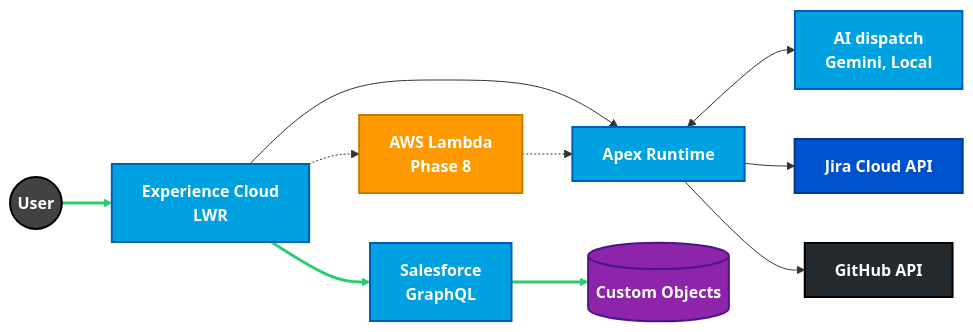
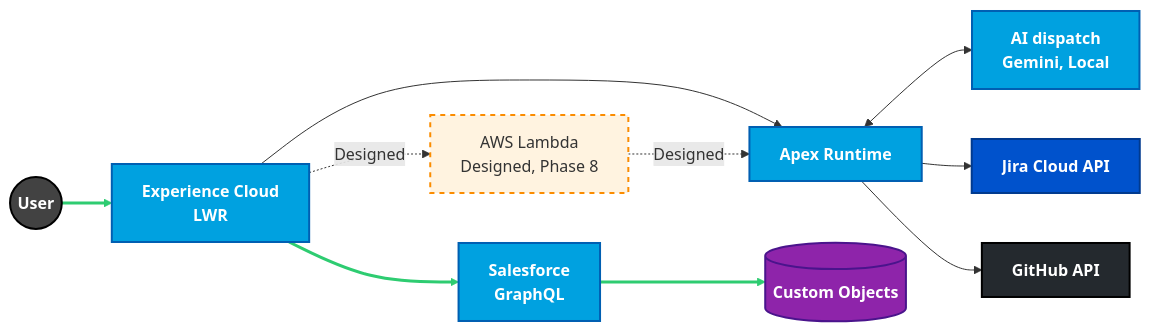
The first of 6 diagrams in docs/guides/03-SAS.md (rdbumstead/salesforce-platform-architect-portfolio), drawn with Mermaid before and after one commit. The commit also changed 1 other file, not shown here.

Commit message:
docs(guides): mark the AWS Lambda in the SAS overview diagram as Designed
The Lambda node and its two dashed edges are labelled Designed and drawn with the existing future style, and the diagram's alt text says none of it is built.

````diff
--- a/docs/guides/03-SAS.md
+++ b/docs/guides/03-SAS.md
@@ -71,47 +71,47 @@
 ```mermaid
 graph LR
     %%{init: {'flowchart': {'nodeSpacing': 50, 'rankSpacing': 50}}}%%
     %% ========= BRAND STYLES =========
     classDef user fill:#424242,stroke:#000000,stroke-width:2px,color:#ffffff,font-weight:bold;
     classDef sfdc fill:#00A1E0,stroke:#005FB2,stroke-width:2px,color:#ffffff,font-weight:bold;
     classDef aws fill:#FF9900,stroke:#CC7A00,stroke-width:2px,color:#ffffff,font-weight:bold;
     classDef jira fill:#0052CC,stroke:#003A8F,stroke-width:2px,color:#ffffff,font-weight:bold;
     classDef github fill:#24292E,stroke:#000000,stroke-width:2px,color:#ffffff,font-weight:bold;
     classDef data fill:#8E24AA,stroke:#4A148C,stroke-width:2px,color:#ffffff,font-weight:bold;
     classDef future fill:#FFF3E0,stroke:#FB8C00,stroke-width:2px,stroke-dasharray:5 5;
 
     %% ========= NODES =========
     User((User))
     LWR[Experience Cloud<br/>LWR]
     GQL[Salesforce<br/>GraphQL]
     Apex[Apex Runtime]
     DB[(Custom Objects)]
     AI[AI dispatch<br/>Gemini, Local]
     Jira[Jira Cloud API]
     GitHub[GitHub API]
-    Lambda[AWS Lambda<br/>Phase 8]
+    Lambda[AWS Lambda<br/>Designed, Phase 8]
 
     %% ========= FLOWS =========
     User --> LWR
     LWR --> GQL
     GQL --> DB
     LWR --> Apex
     Apex <--> AI
     Apex --> Jira
     Apex --> GitHub
 
     %% ========= FUTURE =========
-    LWR -.-> Lambda
-    Lambda -.-> Apex
+    LWR -.->|Designed| Lambda
+    Lambda -.->|Designed| Apex
 
     %% ========= APPLY STYLES =========
     class User user;
     class LWR,GQL,Apex,AI sfdc;
     class DB data;
     class Jira jira;
     class GitHub github;
-    class Lambda aws;
+    class Lambda future;
 
     %% ========= CRITICAL PATH =========
     linkStyle 0,1,2 stroke:#2ECC71,stroke-width:3px;
 ```
````
